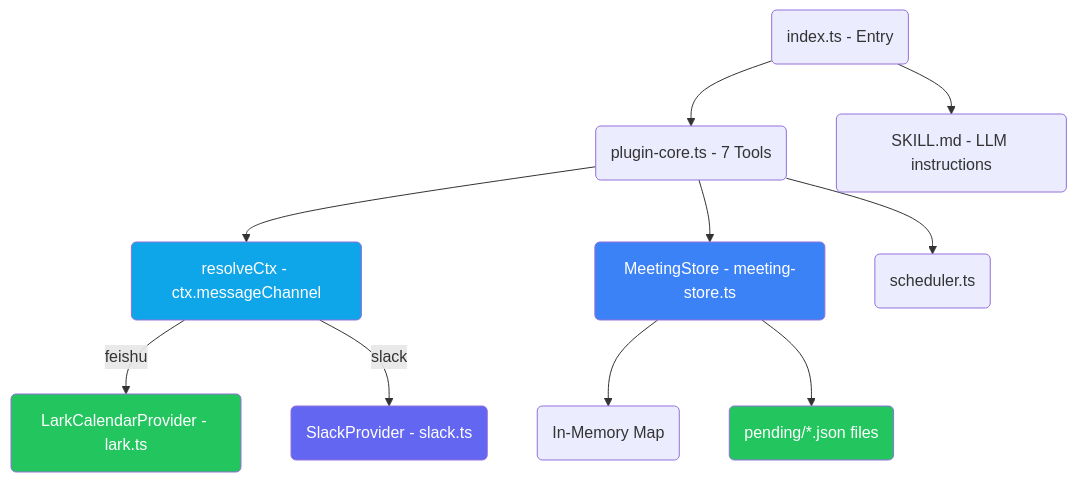
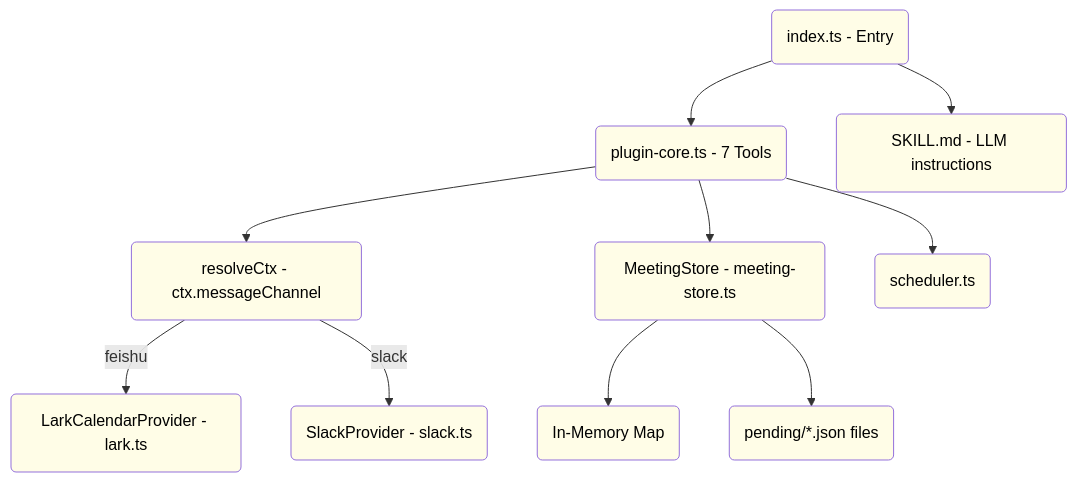
One commit to javana3/claw_meeting_all changed the seventh of 13 diagrams in README.md. Above: the diagram before and after it, drawn with Mermaid. The commit also changed other lines of this file, not shown here.

Commit message:
Replace all mermaid diagram colors with light yellow (#fffde7)

````diff
--- a/README.md
+++ b/README.md
@@ -235,18 +273,23 @@
 ```mermaid
 graph TD
     IDX(index.ts - Entry) --> CORE(plugin-core.ts - 7 Tools)
     CORE --> ROUTER(resolveCtx - ctx.messageChannel)
     ROUTER -->|feishu| LP(LarkCalendarProvider - lark.ts)
     ROUTER -->|slack| SP(SlackProvider - slack.ts)
     CORE --> STORE(MeetingStore - meeting-store.ts)
     STORE --> MEM(In-Memory Map)
     STORE --> DISK(pending/*.json files)
     CORE --> SCHED(scheduler.ts)
     IDX --> SKILL(SKILL.md - LLM instructions)
 
-    style ROUTER fill:#0ea5e9,color:#fff
-    style STORE fill:#3b82f6,color:#fff
-    style DISK fill:#22c55e,color:#fff
-    style LP fill:#22c55e,color:#fff
-    style SP fill:#6366f1,color:#fff
+    style ROUTER fill:#fffde7,color:#000
+    style STORE fill:#fffde7,color:#000
+    style DISK fill:#fffde7,color:#000
+    style LP fill:#fffde7,color:#000
+    style SP fill:#fffde7,color:#000
+    style IDX fill:#fffde7,color:#000
+    style CORE fill:#fffde7,color:#000
+    style MEM fill:#fffde7,color:#000
+    style SCHED fill:#fffde7,color:#000
+    style SKILL fill:#fffde7,color:#000
 ```
````
